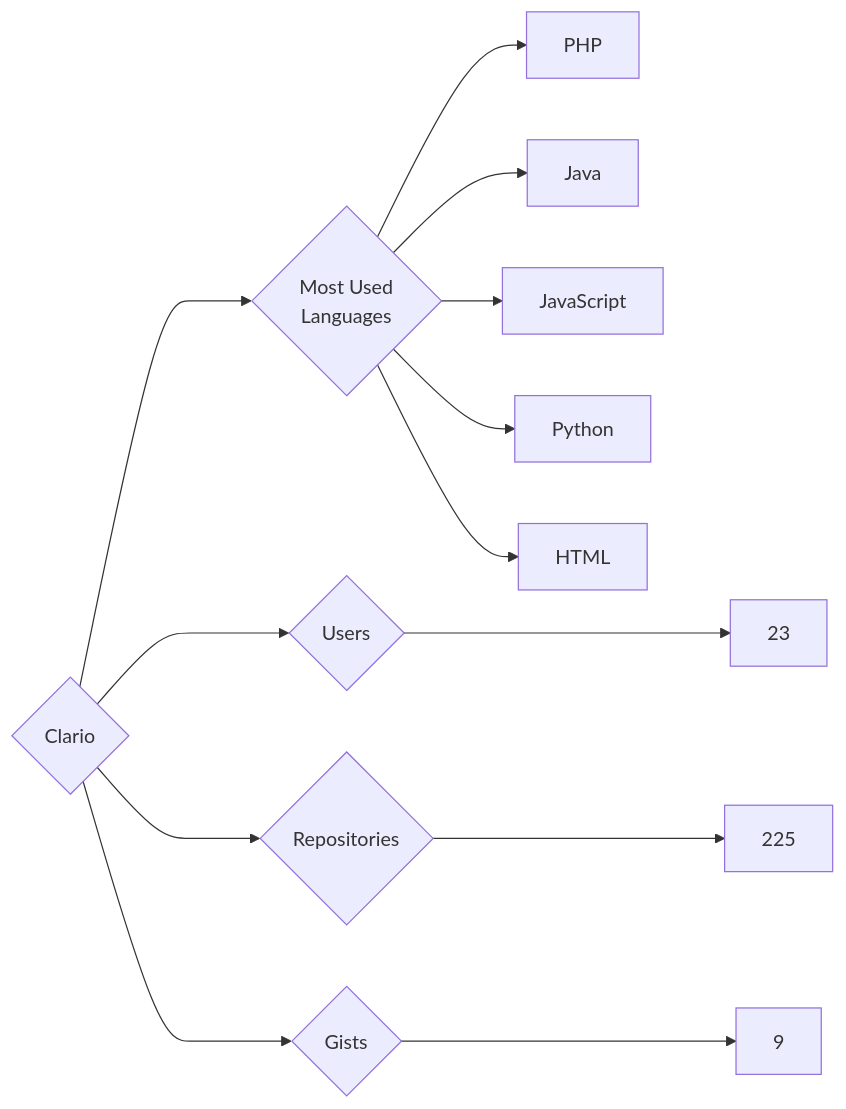
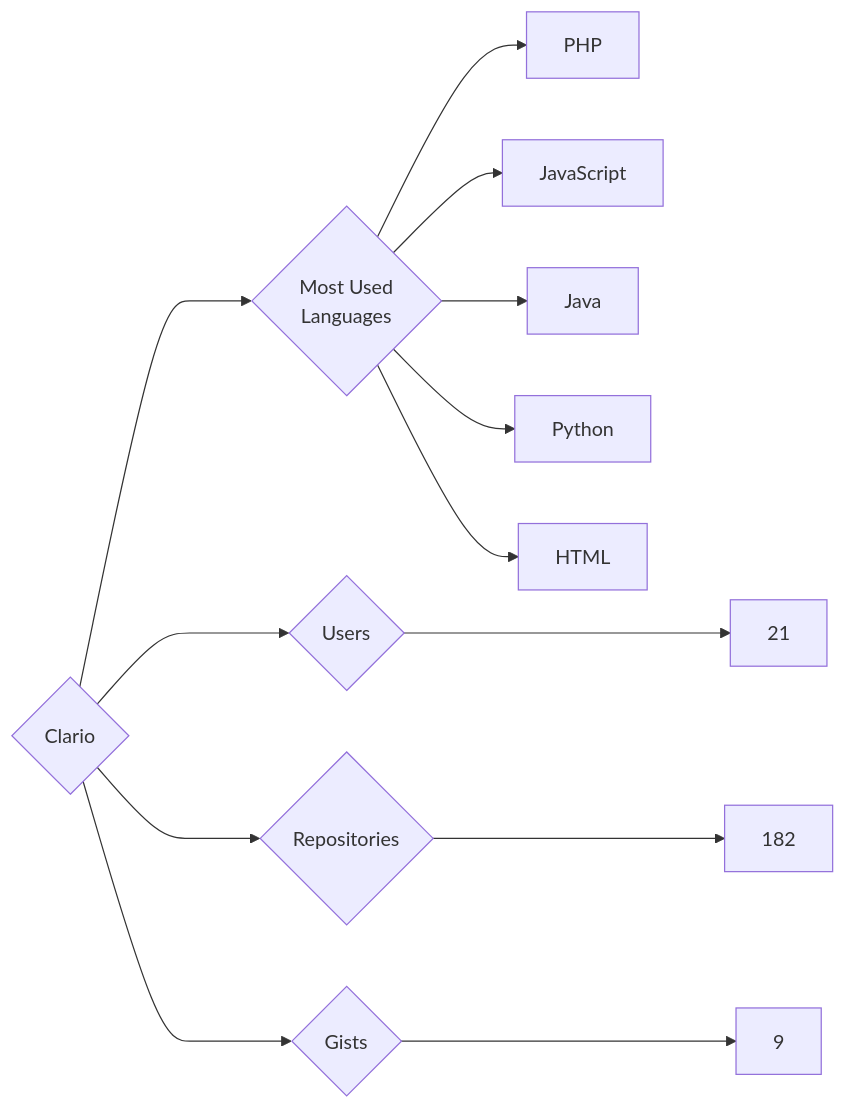
One commit to trickest/insiders changed the diagram in targets/Clario/README.md. Above: the diagram before and after it, drawn with Mermaid. The commit also changed 681 other files, not shown here.

````diff
--- a/targets/Clario/README.md
+++ b/targets/Clario/README.md
@@ -3,13 +3,13 @@
 ```mermaid
 graph LR
 COMPANY_NAME{Clario}
-COMPANY_NAME ---> U{Users} ---> UN[23]
-COMPANY_NAME ---> R{Repositories} ---> RN[225]
+COMPANY_NAME ---> U{Users} ---> UN[21]
+COMPANY_NAME ---> R{Repositories} ---> RN[182]
 COMPANY_NAME ---> G{Gists} ---> GN[9]
 COMPANY_NAME ---> ML{Most Used<br>Languages}
 ML --> PHP[PHP]
+ML --> JavaScript[JavaScript]
 ML --> Java[Java]
-ML --> JavaScript[JavaScript]
 ML --> Python[Python]
 ML --> HTML[HTML]
 ```
````
